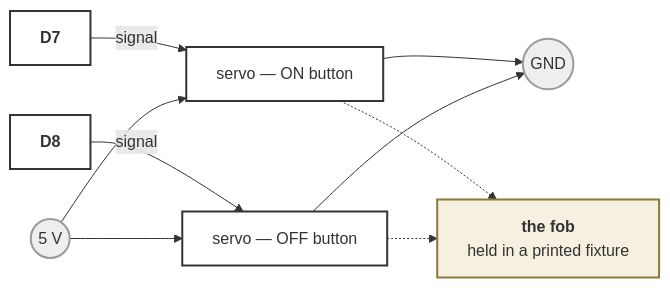
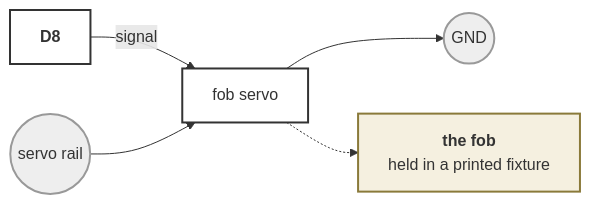
The fourth of 4 diagrams in firmware/WIRING.md (jeff-engineers/dustgate), drawn with Mermaid before and after one commit. The commit also changed other lines of this file and 3 other files, not shown here.

````diff
--- a/firmware/WIRING.md
+++ b/firmware/WIRING.md
@@ -2097,14 +2166,10 @@
 ```mermaid
 flowchart LR
-  D7["<b>D7</b>"]:::node -- "signal" --> S1["servo — ON button"]:::node
-  D8["<b>D8</b>"]:::node -- "signal" --> S2["servo — OFF button"]:::node
-  V5(("5 V")):::rail --> S1
-  V5 --> S2
+  D8["<b>D8</b>"]:::node -- "signal" --> S1["fob servo"]:::node
+  VS(("servo rail")):::rail --> S1
   S1 --> GE(("GND")):::rail
-  S2 --> GE
   S1 -.-> FOB["<b>the fob</b><br/>held in a printed fixture"]:::fob
-  S2 -.-> FOB
   classDef rail fill:#eee,stroke:#999
   classDef node fill:#fff,stroke:#333,stroke-width:2px
   classDef fob fill:#f5f0e0,stroke:#8a7a3a,stroke-width:2px
 ```
````
